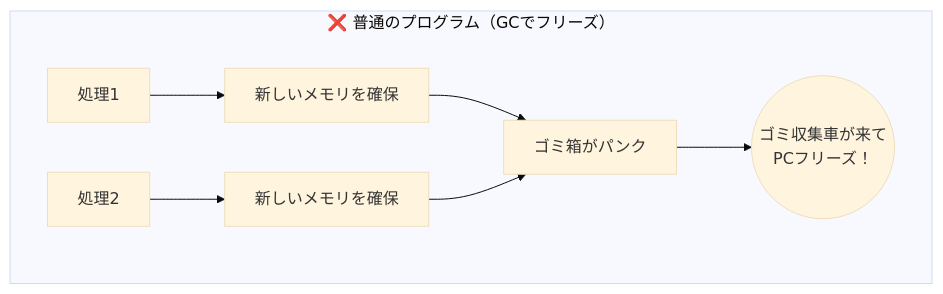
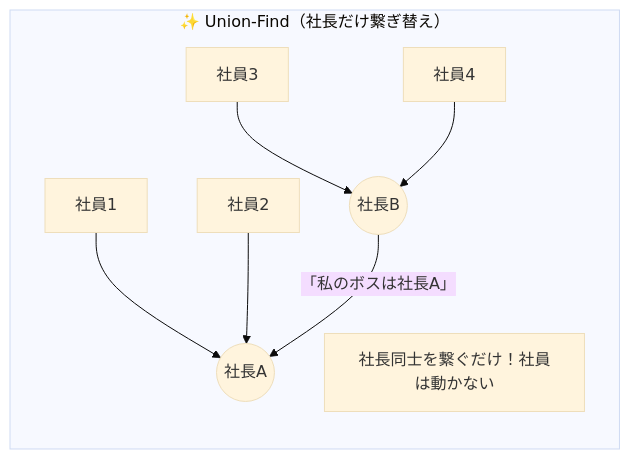
One commit to bms-atelier-kyokufu/BmsPartTuner changed the second of 11 diagrams in docs/casual_guide.md. Above: the diagram before and after it, drawn with Mermaid (base theme). The commit also changed other lines of this file, not shown here.

First line of the commit message:
docs: カジュアルガイドにおける数式表現の整理とMermaid解説図の修正

````diff
--- a/docs/casual_guide.md
+++ b/docs/casual_guide.md
@@ -139,10 +153,12 @@
 ```mermaid
 graph TD
-    subgraph with_gc ["❌ 普通のプログラム（GCでフリーズ）"]
-        処理1 --> 皿1[新しいメモリを確保]
-        処理2 --> 皿2[新しいメモリを確保]
-        皿1 --> ゴミ箱[ゴミ箱がパンク]
-        皿2 --> ゴミ箱
-        ゴミ箱 --> GC((ゴミ収集車が来て<br>PCフリーズ！))
+    subgraph uf ["✨ Union-Find（社長だけ繋ぎ替え）"]
+        direction TB
+        社員1[社員1] --> 社長A((社長A))
+        社員2[社員2] --> 社長A
+        社員3[社員3] --> 社長B((社長B))
+        社員4[社員4] --> 社長B
+        社長B --> |「私のボスは社長A」| 社長A
+        note2[社長同士を繋ぐだけ！社員は動かない]
     end
 ```
````
